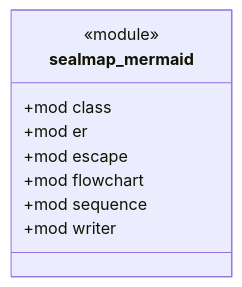
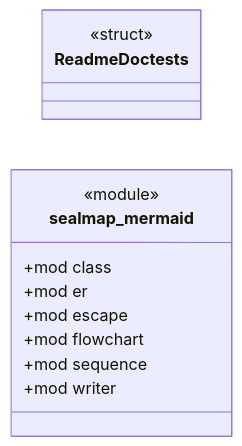
Before and after one commit to DreamLab-AI/codemaid: the diagram in docs/sealmap/crates/sealmap-mermaid/src/lib.rs.md, drawn with Mermaid. The commit also changed other lines of this file and 29 other files, not shown here.

````diff
--- a/docs/sealmap/crates/sealmap-mermaid/src/lib.rs.md
+++ b/docs/sealmap/crates/sealmap-mermaid/src/lib.rs.md
@@ -14,13 +14,16 @@
 ```mermaid
 classDiagram
   direction LR
+  class sealmap_mermaid__ReadmeDoctests["ReadmeDoctests"] {
+    <<struct>>
+  }
   class sealmap_mermaid {
     <<module>>
     +mod class
     +mod er
     +mod escape
     +mod flowchart
     +mod sequence
     +mod writer
   }
 ```
````
